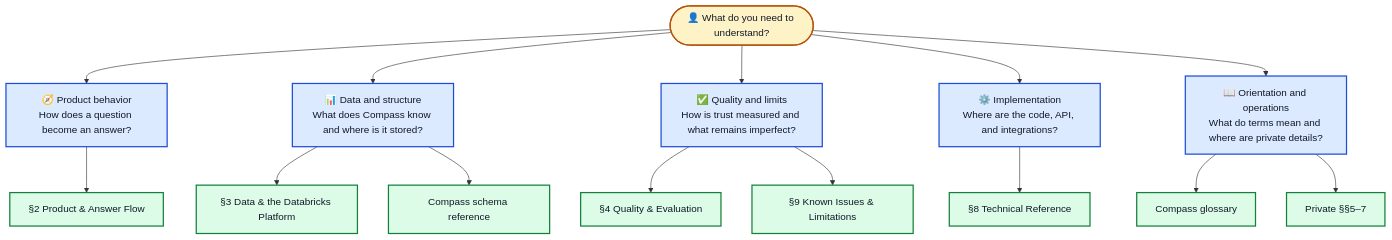
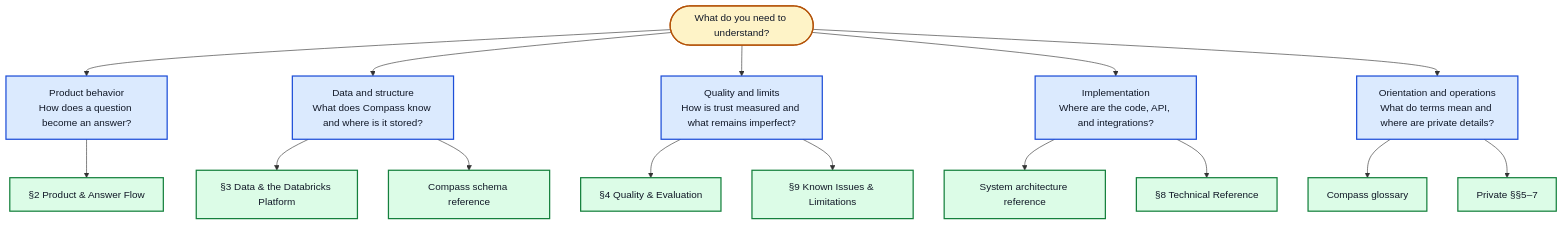
One commit to Starling-Strategy/compass changed the second of 2 diagrams in docs/01-start-here.md. Above: the diagram before and after it, drawn with Mermaid. The commit also changed other lines of this file and 3 other files, not shown here.

Commit message:
docs: add Compass system architecture reference

````diff
--- a/docs/01-start-here.md
+++ b/docs/01-start-here.md
@@ -102,27 +107,28 @@
 ```mermaid
 flowchart TD
-    START([👤 What do you need to understand?])
+    START([What do you need to understand?])
 
-    START --> PRODUCT["🧭 Product behavior<br/>How does a question become an answer?"]
-    START --> DATA["📊 Data and structure<br/>What does Compass know and where is it stored?"]
-    START --> TRUST["✅ Quality and limits<br/>How is trust measured and what remains imperfect?"]
-    START --> TECH["⚙️ Implementation<br/>Where are the code, API, and integrations?"]
-    START --> ORIENT["📖 Orientation and operations<br/>What do terms mean and where are private details?"]
+    START --> PRODUCT["Product behavior<br/>How does a question become an answer?"]
+    START --> DATA["Data and structure<br/>What does Compass know and where is it stored?"]
+    START --> TRUST["Quality and limits<br/>How is trust measured and what remains imperfect?"]
+    START --> TECH["Implementation<br/>Where are the code, API, and integrations?"]
+    START --> ORIENT["Orientation and operations<br/>What do terms mean and where are private details?"]
 
     PRODUCT --> D2["§2 Product & Answer Flow"]
     DATA --> D3["§3 Data & the Databricks Platform"]
     DATA --> DS["Compass schema reference"]
     TRUST --> D4["§4 Quality & Evaluation"]
     TRUST --> D9["§9 Known Issues & Limitations"]
+    TECH --> ARCH["System architecture reference"]
     TECH --> D8["§8 Technical Reference"]
     ORIENT --> DG["Compass glossary"]
     ORIENT --> D57["Private §§5–7"]
 
     classDef start fill:#fef3c7,stroke:#b45309,stroke-width:2px,color:#111827
     classDef question fill:#dbeafe,stroke:#1d4ed8,stroke-width:2px,color:#111827
     classDef destination fill:#dcfce7,stroke:#15803d,stroke-width:2px,color:#111827
 
     class START start
     class PRODUCT,DATA,TRUST,TECH,ORIENT question
-    class D2,D3,DS,D4,D8,D9,DG,D57 destination
+    class D2,D3,DS,D4,ARCH,D8,D9,DG,D57 destination
 ```
````
